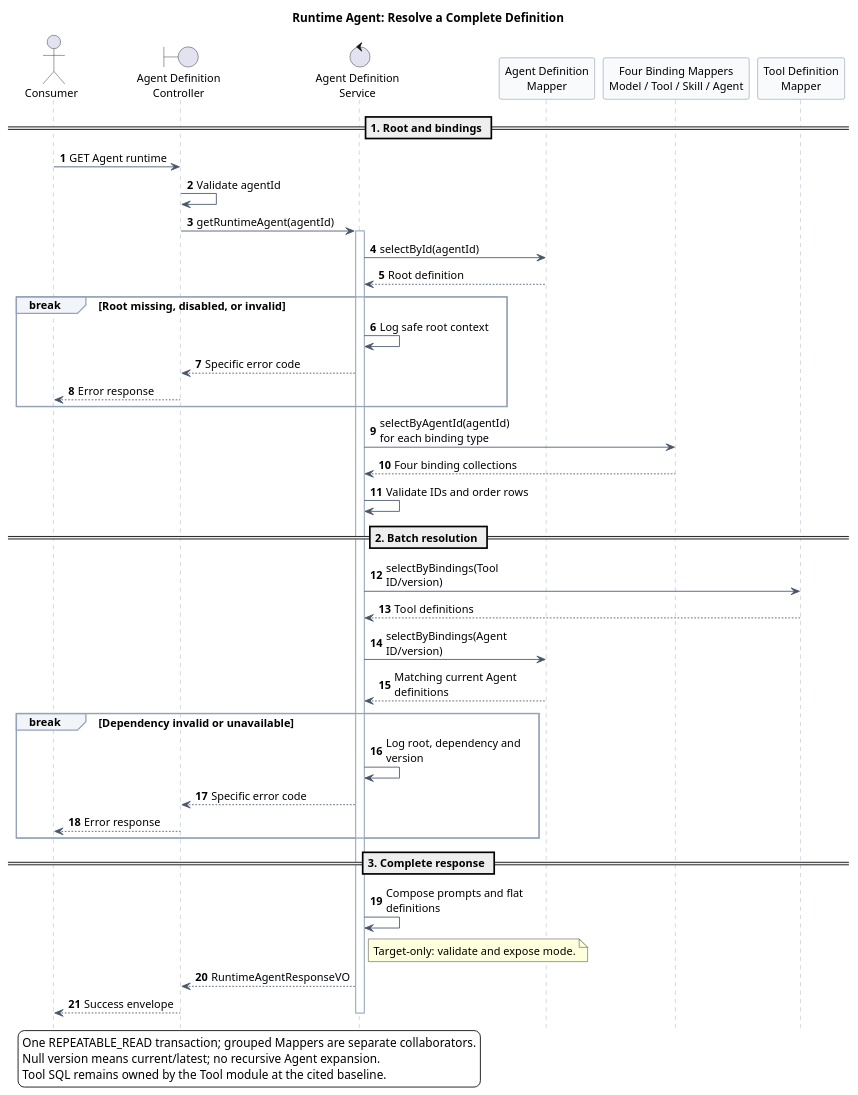
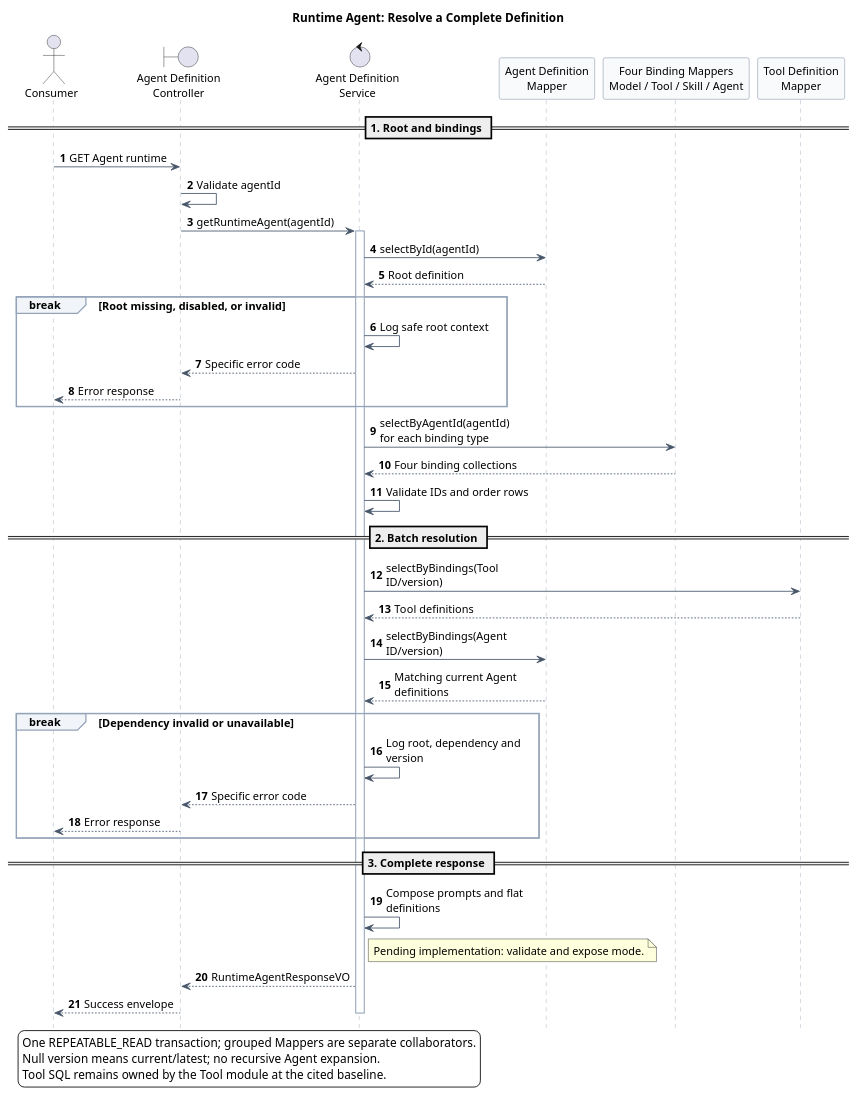
The second of 2 diagrams in 03-数据与存储/02-Agent元数据GaussDB/diagram.puml (ssm0808/pi-mono-java-design), drawn with PlantUML before and after one commit. The commit also changed other lines of this file and 182 other files, not shown here.

```diff
--- a/03-数据与存储/02-Agent元数据GaussDB/diagram.puml
+++ b/03-数据与存储/02-Agent元数据GaussDB/diagram.puml
@@ -148,110 +148,110 @@
 @startuml runtime_agent_query_flow
 ' Target evidence: Mate 956b547f5ca12ca89e68f73012f92a4406b0c9fa; AgentDefinitionDTO and response VOs have no mode.
 ' Design reason: expose the definition default in all full Agent views; do not change active Sessions.
 ' Source evidence:
 ' - mate-service baseline path and symbols:
 '   src/main/java/com/huawei/hicampus/mate/agentdefinition/controller/AgentDefinitionController.java
 '   AgentDefinitionController.getAgent.
 '   src/main/java/com/huawei/hicampus/mate/agentdefinition/service/AgentDefinitionService.java
 '   AgentDefinitionService.getAgent.
 '   src/main/java/com/huawei/hicampus/mate/agentdefinition/service/impl/AgentDefinitionServiceImpl.java
 '   AgentDefinitionServiceImpl.getAgent and loadAggregate.
 '   AgentDefinitionServiceImpl.getRuntimeAgent, resolveRuntimeTools,
 '   resolveRuntimeAgents, and indexDefinitions.
 '   src/main/java/com/huawei/hicampus/mate/agentdefinition/mapper/AgentDefinitionMapper.java
 '   AgentDefinitionMapper.selectById.
 '   AgentDefinitionMapper.selectByBindings.
 '   src/main/java/com/huawei/hicampus/mate/agentdefinition/mapper/AgentToolBindingMapper.java
 '   AgentToolBindingMapper.selectByAgentId.
 '   src/main/java/com/huawei/hicampus/mate/agentdefinition/mapper/AgentBindingMapper.java
 '   AgentBindingMapper.selectByAgentId.
 '   src/main/java/com/huawei/hicampus/mate/agentdefinition/mapper/ToolDefinitionMapper.java
 '   ToolDefinitionMapper.selectByBindings.
 '   src/main/java/com/huawei/hicampus/mate/agentdefinition/vo/RuntimeAgentResponseVO.java
 '   RuntimeAgentResponseVO flat Tool and Agent response contract.
 '   src/main/java/com/huawei/hicampus/mate/agentdefinition/vo/ToolDefinitionResponseVO.java
 '   ToolDefinitionResponseVO ten-field bindingTools element.
 '   src/main/java/com/huawei/hicampus/mate/agentdefinition/vo/RuntimeAgentDefinitionResponseVO.java
 '   RuntimeAgentDefinitionResponseVO nine-field bindingAgents element.
 ' - TOOL metadata JSON line 8 defines is_concurrency_safe; lines 14-23 define
 '   schemas that the Runtime Agent response intentionally omits.
 ' Observed behavior: getAgent returns binding identifiers and optional versions.
 ' Observed behavior: getRuntimeAgent returns ten-field Tool and nine-field
 ' bound Agent definitions without wrapper objects.
 ' Root and resolved response types include type and omit timestamps.
-' Target-only: root and bound Agent definitions add mode; stored values must be valid.
+' Pending implementation: root and bound Agent definitions add mode; stored values must be valid.
 ' Observed behavior: root and bound Agent prompts use the same composition.
 ' Integration pending: ToolDefinitionMapper SQL is supplied by the Tool owner.
 ' Design reason: batch dependency queries avoid one query per binding.
 ' Security hardening: a missing, disabled, or unmatched dependency fails closed.
 ' Product constraint: no partial Runtime Agent response is returned.
 ' Data-model constraint: t_agent_definition stores only the current Agent version.
 title Runtime Agent: Resolve a Complete Definition
 ' Source correction at mate-service@9dd5d85e2ed6561ad654b11f817ef572cc8bac7c:
 ' src/main/java/com/huawei/hicampus/mate/agentdefinition/service/impl/AgentDefinitionServiceImpl.java
 ' getRuntimeAgent calls four binding Mappers sequentially, not in parallel.
 autonumber
 hide footbox
 skinparam backgroundColor white
 skinparam shadowing false
 skinparam defaultFontSize 13
 skinparam maxMessageSize 190
 skinparam BoxPadding 10
 skinparam sequence {
   ArrowColor #475569
   LifeLineBorderColor #94A3B8
   ParticipantBorderColor #64748B
   ParticipantBackgroundColor #F8FAFC
   GroupBorderColor #94A3B8
   GroupBackgroundColor #F1F5F9
 }
 
 actor Consumer
 boundary "Agent Definition\nController" as Controller
 control "Agent Definition\nService" as Service
 participant "Agent Definition\nMapper" as Definition
 participant "Four Binding Mappers\nModel / Tool / Skill / Agent" as Bindings
 participant "Tool Definition\nMapper" as Tools
 
 == 1. Root and bindings ==
 Consumer -> Controller : GET Agent runtime
 Controller -> Controller : Validate agentId
 Controller -> Service : getRuntimeAgent(agentId)
 activate Service
 Service -> Definition : selectById(agentId)
 Definition --> Service : Root definition
 break Root missing, disabled, or invalid
   Service -> Service : Log safe root context
   Service --> Controller : Specific error code
   Controller --> Consumer : Error response
 end
 Service -> Bindings : selectByAgentId(agentId)\nfor each binding type
 Bindings --> Service : Four binding collections
 Service -> Service : Validate IDs and order rows
 
 == 2. Batch resolution ==
 Service -> Tools : selectByBindings(Tool ID/version)
 Tools --> Service : Tool definitions
 Service -> Definition : selectByBindings(Agent ID/version)
 Definition --> Service : Matching current Agent definitions
 break Dependency invalid or unavailable
   Service -> Service : Log root, dependency and version
   Service --> Controller : Specific error code
   Controller --> Consumer : Error response
 end
 
 == 3. Complete response ==
 Service -> Service : Compose prompts and flat definitions
 note right of Service
-Target-only: validate and expose mode.
+Pending implementation: validate and expose mode.
 end note
 Service --> Controller : RuntimeAgentResponseVO
 Controller --> Consumer : Success envelope
  deactivate Service
 
 legend bottom left
 One REPEATABLE_READ transaction; grouped Mappers are separate collaborators.
 Null version means current/latest; no recursive Agent expansion.
 Tool SQL remains owned by the Tool module at the cited baseline.
 endlegend
 @enduml
```
